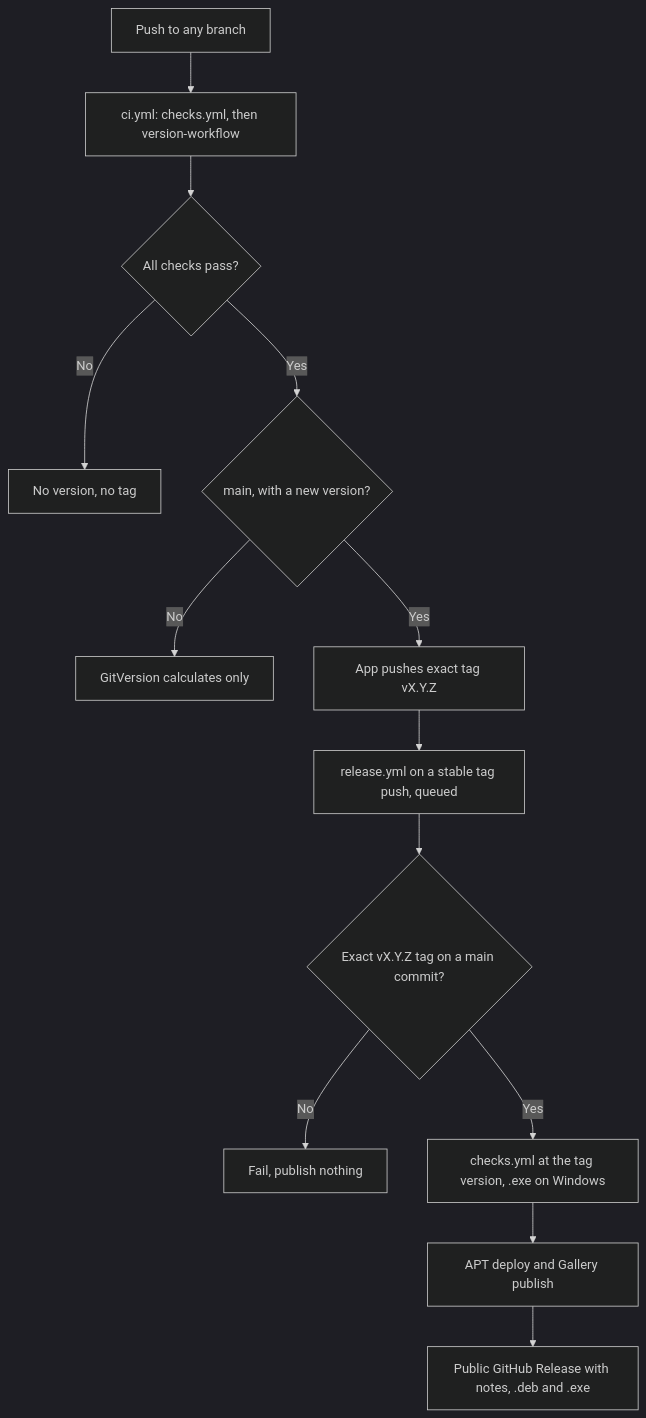
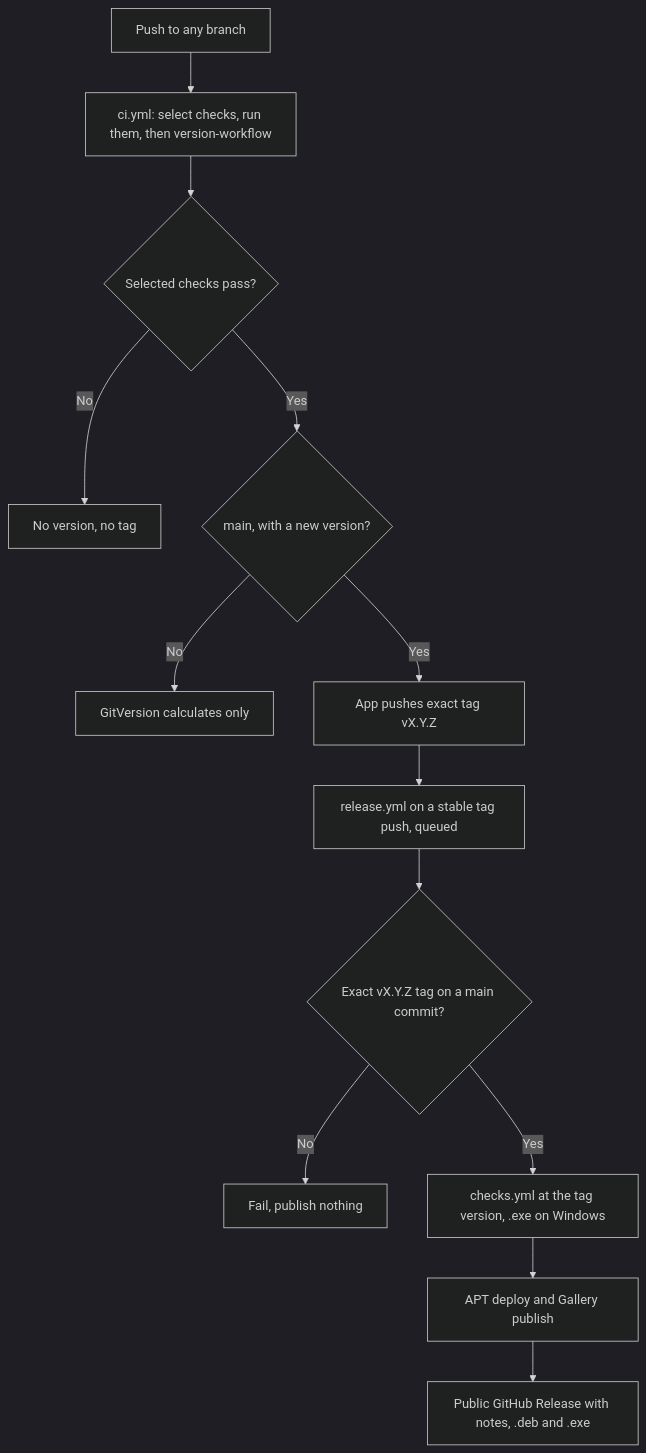
The diagram in docs/internal/plans/pwsh-release-workflow.md (vhco-pro/docs), drawn with Mermaid (dark theme) before and after one commit. The commit also changed other lines of this file, not shown here.

First line of the commit message:
docs: judge the PDS check selection over the whole branch and release range

````diff
--- a/docs/internal/plans/pwsh-release-workflow.md
+++ b/docs/internal/plans/pwsh-release-workflow.md
@@ -268,15 +278,15 @@
 ```mermaid
 flowchart TD
-    Push["Push to any branch"] --> CI["ci.yml: checks.yml, then version-workflow"]
-    CI --> Pass{"All checks pass?"}
+    Push["Push to any branch"] --> CI["ci.yml: select checks, run them, then version-workflow"]
+    CI --> Pass{"Selected checks pass?"}
     Pass -->|No| Stop["No version, no tag"]
     Pass -->|Yes| Gate{"main, with a new version?"}
     Gate -->|No| Calc["GitVersion calculates only"]
     Gate -->|Yes| Tag["App pushes exact tag vX.Y.Z"]
     Tag --> Rel["release.yml on a stable tag push, queued"]
     Rel --> Guard{"Exact vX.Y.Z tag on a main commit?"}
     Guard -->|No| Refuse["Fail, publish nothing"]
     Guard -->|Yes| Recheck["checks.yml at the tag version, .exe on Windows"]
     Recheck --> Pub["APT deploy and Gallery publish"]
     Pub --> Public["Public GitHub Release with notes, .deb and .exe"]
 ```
````
